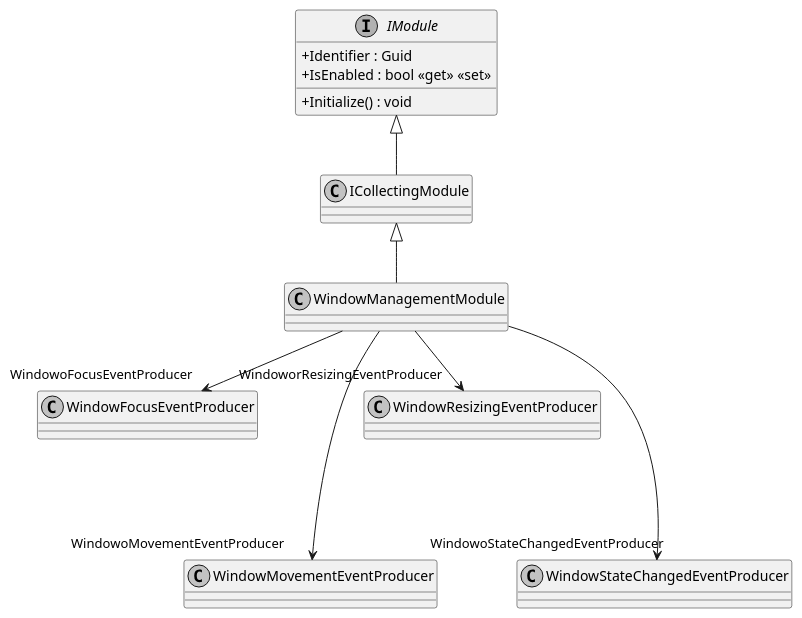
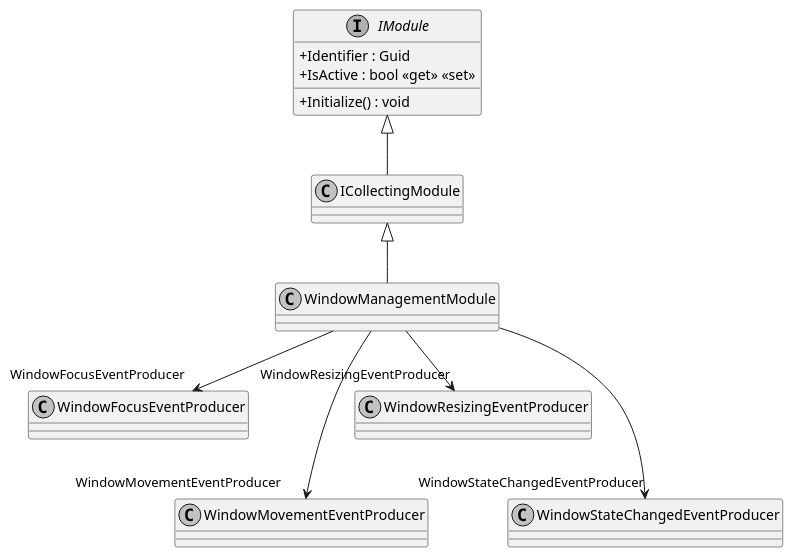
Before and after one commit to insightmind/MORR: the diagram in application/plantuml/Modules/WindowManagement/WindowManagementModule.puml, drawn with PlantUML. The commit also changed 165 other files, not shown here.

```diff
--- a/application/plantuml/Modules/WindowManagement/WindowManagementModule.puml
+++ b/application/plantuml/Modules/WindowManagement/WindowManagementModule.puml
@@ -1,18 +1,17 @@
 @startuml
 skinparam monochrome true
 skinparam ClassAttributeIconSize 0
-
 class WindowManagementModule {
 }
 interface IModule {
     + Identifier : Guid
-    + IsEnabled : bool <<get>> <<set>>
+    + IsActive : bool <<get>> <<set>>
     + Initialize() : void
 }
 IModule <|-- ICollectingModule
 ICollectingModule <|-- WindowManagementModule
-WindowManagementModule --> "WindowoFocusEventProducer" WindowFocusEventProducer
-WindowManagementModule ----> "WindowoMovementEventProducer" WindowMovementEventProducer
-WindowManagementModule --> "WindoworResizingEventProducer" WindowResizingEventProducer
-WindowManagementModule ----> "WindowoStateChangedEventProducer" WindowStateChangedEventProducer
+WindowManagementModule --> "WindowFocusEventProducer" WindowFocusEventProducer
+WindowManagementModule ---> "WindowMovementEventProducer" WindowMovementEventProducer
+WindowManagementModule --> "       WindowResizingEventProducer" WindowResizingEventProducer
+WindowManagementModule ---> "WindowStateChangedEventProducer" WindowStateChangedEventProducer
 @enduml
```
